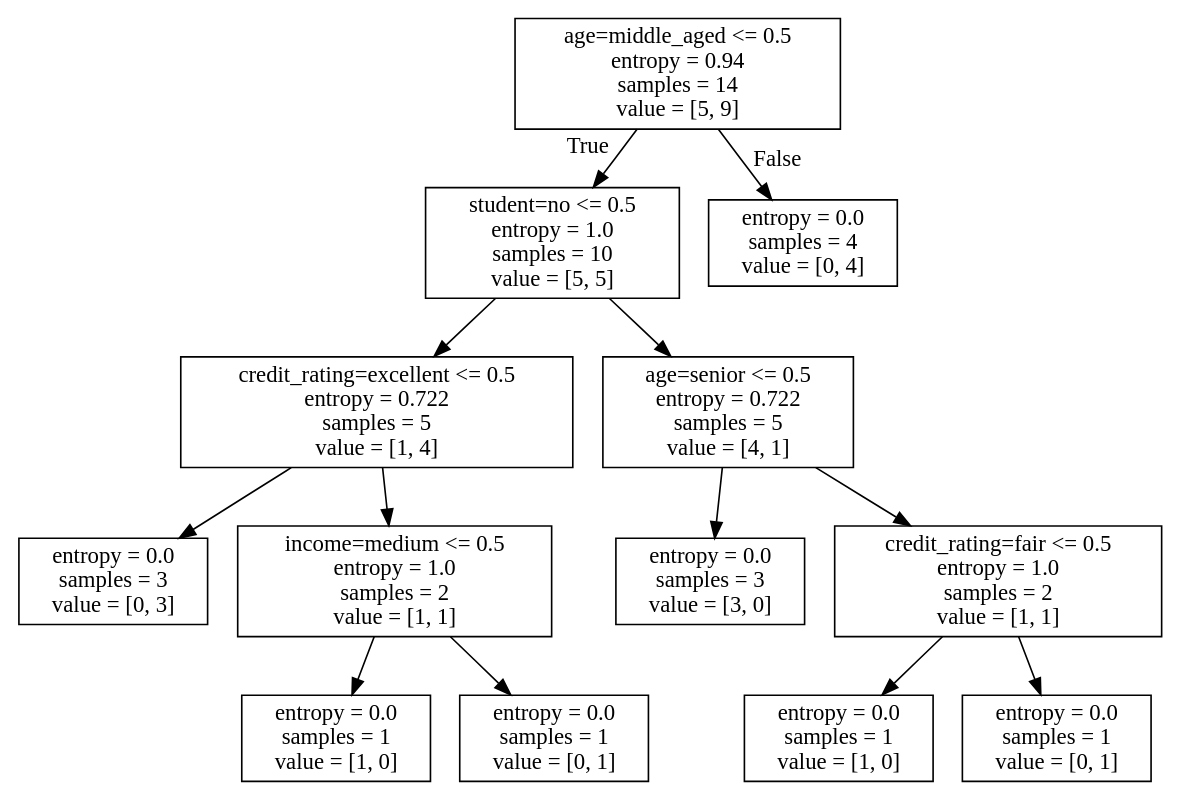
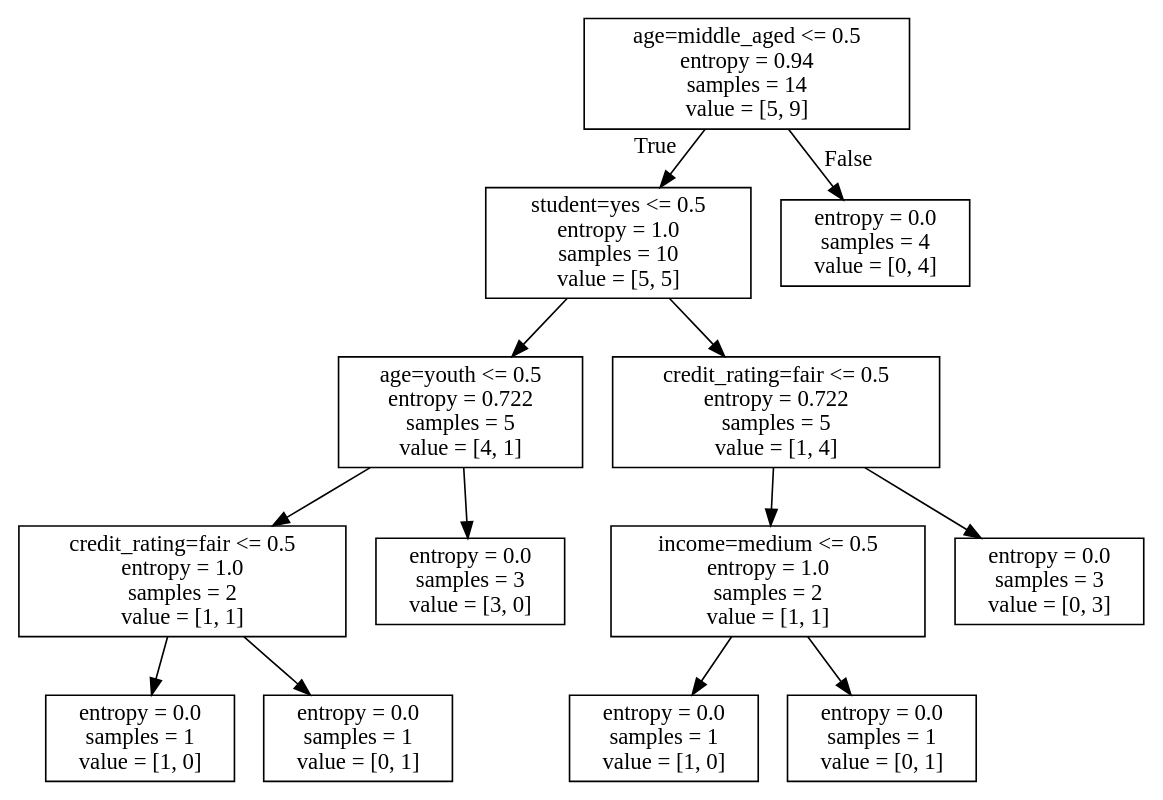
One commit to yingzwei/machineLearing changed the diagram in DecisionTreeLearning/allElectronicInformationGainOri.dot. Above: the diagram before and after it, drawn with Graphviz. The commit also changed 2 other files, not shown here.

```diff
--- a/DecisionTreeLearning/allElectronicInformationGainOri.dot
+++ b/DecisionTreeLearning/allElectronicInformationGainOri.dot
@@ -1,28 +1,28 @@
 digraph Tree {
 node [shape=box] ;
 0 [label="age=middle_aged <= 0.5\nentropy = 0.94\nsamples = 14\nvalue = [5, 9]"] ;
-1 [label="student=no <= 0.5\nentropy = 1.0\nsamples = 10\nvalue = [5, 5]"] ;
+1 [label="student=yes <= 0.5\nentropy = 1.0\nsamples = 10\nvalue = [5, 5]"] ;
 0 -> 1 [labeldistance=2.5, labelangle=45, headlabel="True"] ;
-2 [label="credit_rating=excellent <= 0.5\nentropy = 0.722\nsamples = 5\nvalue = [1, 4]"] ;
+2 [label="age=youth <= 0.5\nentropy = 0.722\nsamples = 5\nvalue = [4, 1]"] ;
 1 -> 2 ;
-3 [label="entropy = 0.0\nsamples = 3\nvalue = [0, 3]"] ;
+3 [label="credit_rating=fair <= 0.5\nentropy = 1.0\nsamples = 2\nvalue = [1, 1]"] ;
 2 -> 3 ;
-4 [label="income=medium <= 0.5\nentropy = 1.0\nsamples = 2\nvalue = [1, 1]"] ;
-2 -> 4 ;
-5 [label="entropy = 0.0\nsamples = 1\nvalue = [1, 0]"] ;
-4 -> 5 ;
-6 [label="entropy = 0.0\nsamples = 1\nvalue = [0, 1]"] ;
-4 -> 6 ;
-7 [label="age=senior <= 0.5\nentropy = 0.722\nsamples = 5\nvalue = [4, 1]"] ;
+4 [label="entropy = 0.0\nsamples = 1\nvalue = [1, 0]"] ;
+3 -> 4 ;
+5 [label="entropy = 0.0\nsamples = 1\nvalue = [0, 1]"] ;
+3 -> 5 ;
+6 [label="entropy = 0.0\nsamples = 3\nvalue = [3, 0]"] ;
+2 -> 6 ;
+7 [label="credit_rating=fair <= 0.5\nentropy = 0.722\nsamples = 5\nvalue = [1, 4]"] ;
 1 -> 7 ;
-8 [label="entropy = 0.0\nsamples = 3\nvalue = [3, 0]"] ;
+8 [label="income=medium <= 0.5\nentropy = 1.0\nsamples = 2\nvalue = [1, 1]"] ;
 7 -> 8 ;
-9 [label="credit_rating=fair <= 0.5\nentropy = 1.0\nsamples = 2\nvalue = [1, 1]"] ;
-7 -> 9 ;
-10 [label="entropy = 0.0\nsamples = 1\nvalue = [1, 0]"] ;
-9 -> 10 ;
-11 [label="entropy = 0.0\nsamples = 1\nvalue = [0, 1]"] ;
-9 -> 11 ;
+9 [label="entropy = 0.0\nsamples = 1\nvalue = [1, 0]"] ;
+8 -> 9 ;
+10 [label="entropy = 0.0\nsamples = 1\nvalue = [0, 1]"] ;
+8 -> 10 ;
+11 [label="entropy = 0.0\nsamples = 3\nvalue = [0, 3]"] ;
+7 -> 11 ;
 12 [label="entropy = 0.0\nsamples = 4\nvalue = [0, 4]"] ;
 0 -> 12 [labeldistance=2.5, labelangle=-45, headlabel="False"] ;
 }
```
